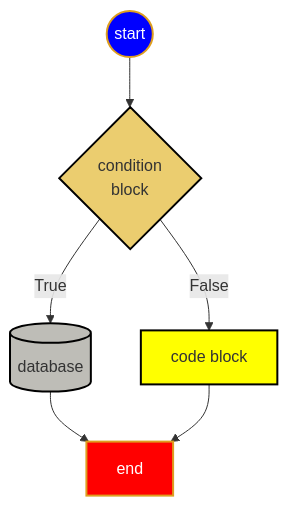
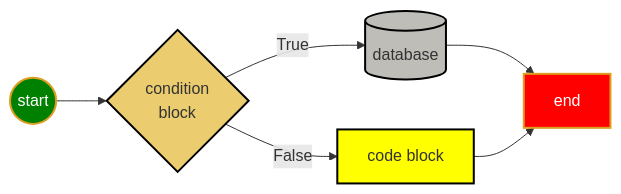
The diagram in doc/myIcons.md (jwang1122/python1), drawn with Mermaid before and after one commit. The commit also changed other lines of this file and 5 other files, not shown here.

````diff
--- a/doc/myIcons.md
+++ b/doc/myIcons.md
@@ -20,25 +22,25 @@
 ```mermaid
-graph TB
+graph LR
 START((start))
 B[code block]
 END[end]
 IF{condition<br> block}
 DB[(database)]
 
 START-->IF
 IF--True-->DB-->END
 IF--False-->B-->END
 
 classDef html fill:#F46624,stroke:#F46624,stroke-width:4px,color:white;
 classDef js fill:yellow,stroke:black,stroke-width:2px;
 classDef if fill:#EBCD6F,stroke:black,stroke-width:2px;
 classDef db fill:#BEBDB7,stroke:black,stroke-width:2px;
-classDef start fill:blue,stroke:#DE9E1F,stroke-width:2px,color:white;
+classDef start fill:green,stroke:#DE9E1F,stroke-width:2px,color:white;
 classDef end1 fill:red,stroke:#DE9E1F,stroke-width:2px,color:white;
 
 class START start
 class B,D,E js
 class IF if
 class DB db
 class END end1
 ```
````
